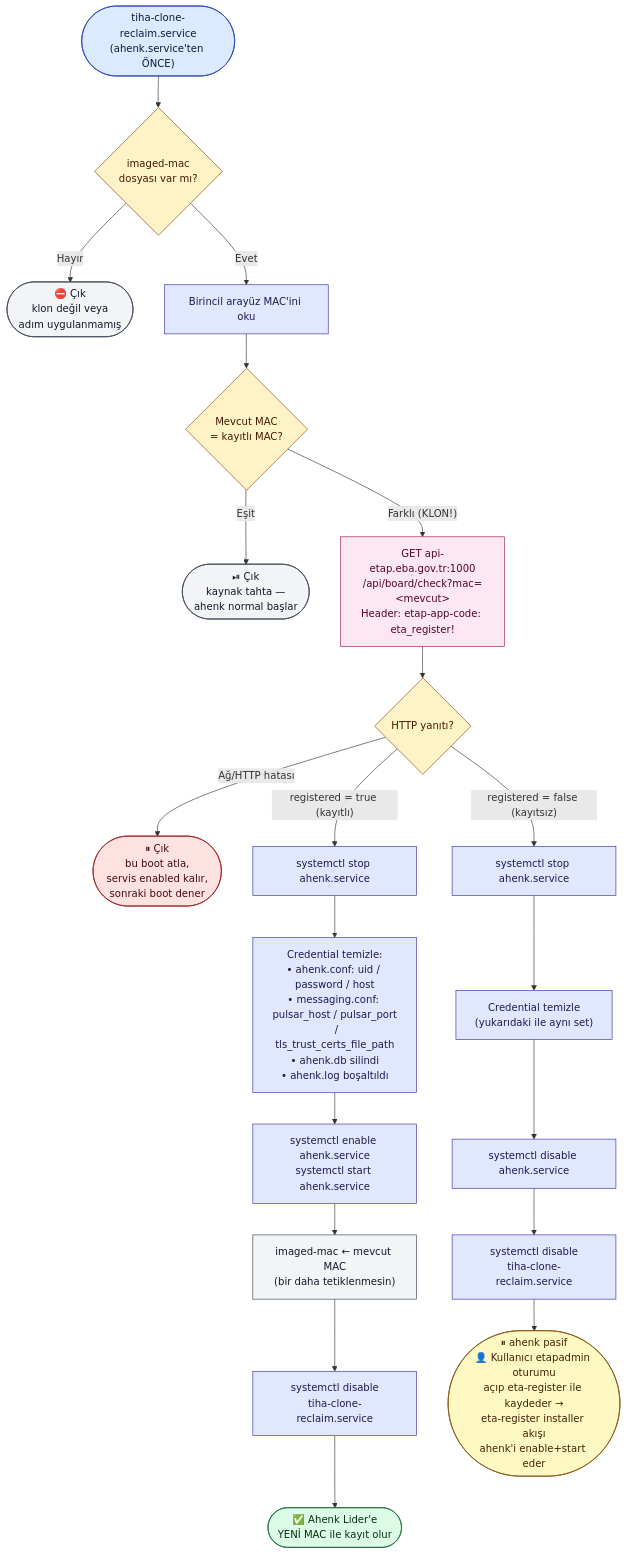
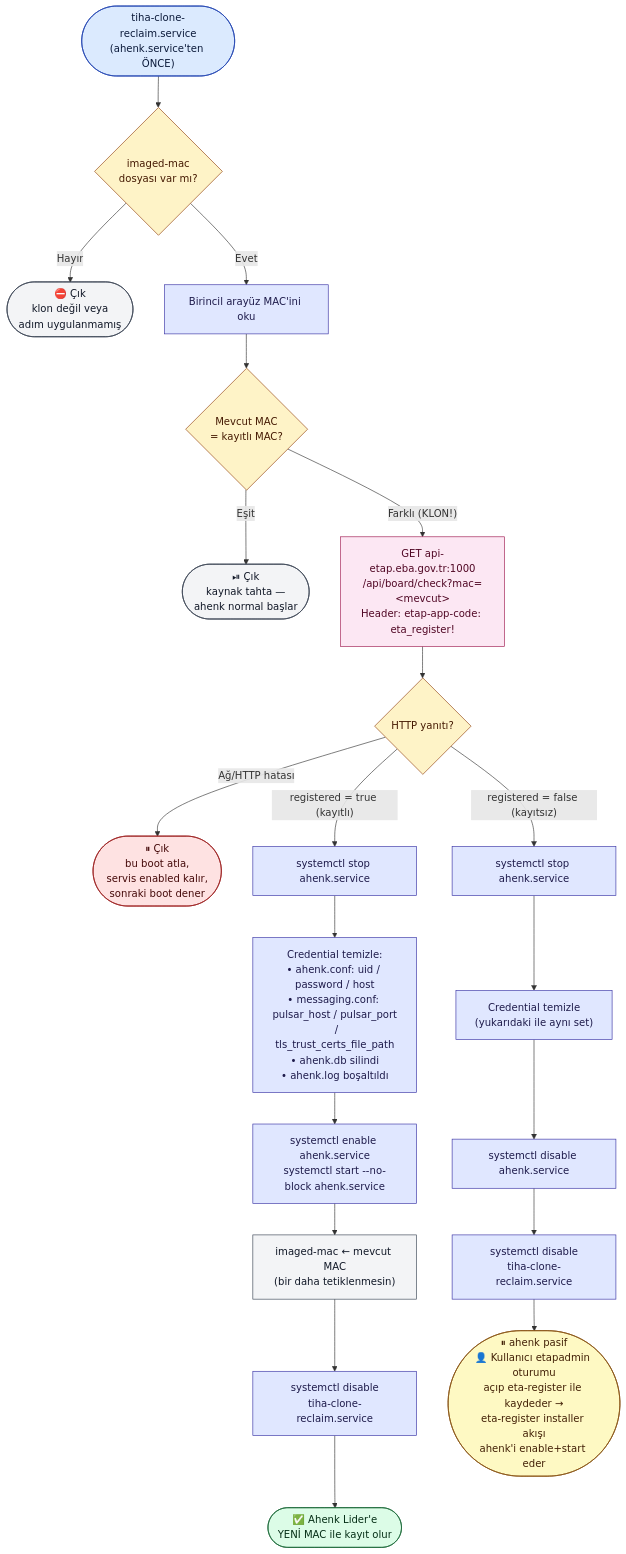
One commit to enseitankado/tiha changed the third of 3 diagrams in docs/m12-clone-reclaim.md. Above: the diagram before and after it, drawn with Mermaid. The commit also changed other lines of this file and 1 other file, not shown here.

First line of the commit message:
m12: cycle deadlock --no-block düzeltmesi + rationale sadeleştirme

````diff
--- a/docs/m12-clone-reclaim.md
+++ b/docs/m12-clone-reclaim.md
@@ -89,49 +89,49 @@
 ```mermaid
 flowchart TD
     Boot(["tiha-clone-reclaim.service<br/>(ahenk.service'ten ÖNCE)"]):::startNode
 
     Q1{"imaged-mac<br/>dosyası var mı?"}:::decision
     ExitNoFile(["⛔ Çık<br/>klon değil veya<br/>adım uygulanmamış"]):::neutral
 
     ReadMac["Birincil arayüz MAC'ini oku"]:::action
     Q2{"Mevcut MAC<br/>= kayıtlı MAC?"}:::decision
     ExitSrc(["⏯ Çık<br/>kaynak tahta —<br/>ahenk normal başlar"]):::neutral
 
     API["GET api-etap.eba.gov.tr:1000<br/>/api/board/check?mac=&lt;mevcut&gt;<br/>Header: etap-app-code: eta_register!"]:::api
     Q3{"HTTP yanıtı?"}:::decision
     ExitErr(["⏸ Çık<br/>bu boot atla,<br/>servis enabled kalır,<br/>sonraki boot dener"]):::error
 
     %% --- KAYITLI dalı ---
     StopOk["systemctl stop ahenk.service"]:::action
     WipeOk["Credential temizle:<br/>• ahenk.conf: uid / password / host<br/>• messaging.conf: pulsar_host / pulsar_port<br/>&nbsp;&nbsp;/ tls_trust_certs_file_path<br/>• ahenk.db silindi<br/>• ahenk.log boşaltıldı"]:::action
-    StartOk["systemctl enable ahenk.service<br/>systemctl start ahenk.service"]:::action
+    StartOk["systemctl enable ahenk.service<br/>systemctl start --no-block ahenk.service"]:::action
     Sign["imaged-mac ← mevcut MAC<br/>(bir daha tetiklenmesin)"]:::file
     DisOk["systemctl disable<br/>tiha-clone-reclaim.service"]:::action
     OkEnd(["✅ Ahenk Lider'e<br/>YENİ MAC ile kayıt olur"]):::endNode
 
     %% --- KAYITSIZ dalı ---
     StopNo["systemctl stop ahenk.service"]:::action
     WipeNo["Credential temizle<br/>(yukarıdaki ile aynı set)"]:::action
     DisAhenk["systemctl disable ahenk.service"]:::action
     DisNo["systemctl disable<br/>tiha-clone-reclaim.service"]:::action
     NoEnd(["⏸ ahenk pasif<br/>👤 Kullanıcı etapadmin oturumu<br/>açıp eta-register ile kaydeder →<br/>eta-register installer akışı<br/>ahenk'i enable+start eder"]):::manual
 
     Boot --> Q1
     Q1 -- "Hayır" --> ExitNoFile
     Q1 -- "Evet" --> ReadMac --> Q2
     Q2 -- "Eşit" --> ExitSrc
     Q2 -- "Farklı (KLON!)" --> API --> Q3
     Q3 -- "Ağ/HTTP hatası" --> ExitErr
     Q3 -- "registered = true (kayıtlı)" --> StopOk --> WipeOk --> StartOk --> Sign --> DisOk --> OkEnd
     Q3 -- "registered = false (kayıtsız)" --> StopNo --> WipeNo --> DisAhenk --> DisNo --> NoEnd
 
     classDef startNode fill:#dbeafe,stroke:#1e40af,color:#0b1a3a
     classDef endNode   fill:#dcfce7,stroke:#166534,color:#052e16
     classDef decision  fill:#fef3c7,stroke:#92400e,color:#451a03
     classDef action    fill:#e0e7ff,stroke:#3730a3,color:#1e1b4b
     classDef file      fill:#f3f4f6,stroke:#374151,color:#111827
     classDef api       fill:#fce7f3,stroke:#9d174d,color:#500724
     classDef neutral   fill:#f3f4f6,stroke:#374151,color:#111827
     classDef error     fill:#fee2e2,stroke:#991b1b,color:#450a0a
     classDef manual    fill:#fef9c3,stroke:#854d0e,color:#422006
 ```
````
